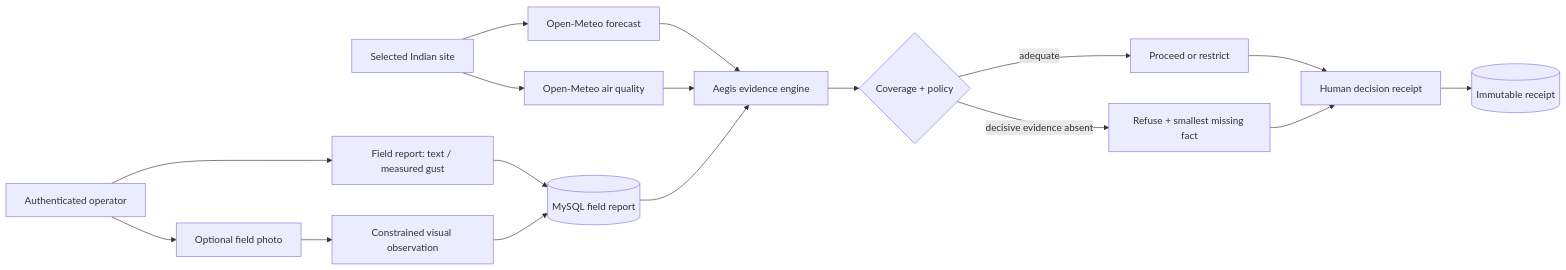
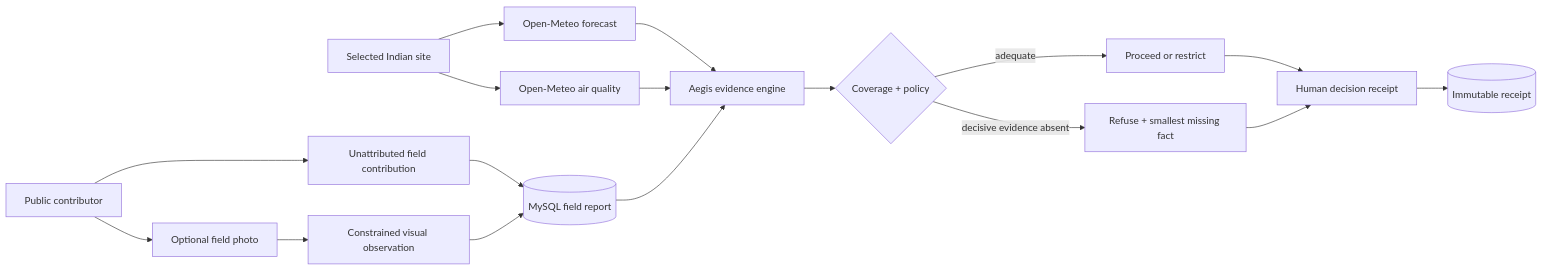
One commit to sagar-grv/aegis changed the diagram in docs/PROJECT_DOCUMENTATION.md. Above: the diagram before and after it, drawn with Mermaid. The commit also changed other lines of this file and 20 other files, not shown here.

Commit message:
feat: open Aegis public contribution desk

````diff
--- a/docs/PROJECT_DOCUMENTATION.md
+++ b/docs/PROJECT_DOCUMENTATION.md
@@ -23,19 +22,19 @@
 ```mermaid
 flowchart LR
   S[Selected Indian site] --> F[Open-Meteo forecast]
   S --> A[Open-Meteo air quality]
   F --> E[Aegis evidence engine]
   A --> E
-  O[Authenticated operator] --> R[Field report: text / measured gust]
+  O[Public contributor] --> R[Unattributed field contribution]
   O --> P[Optional field photo]
   P --> V[Constrained visual observation]
   R --> D[(MySQL field report)]
   V --> D
   D --> E
   E --> X{Coverage + policy}
   X -->|adequate| Q[Proceed or restrict]
   X -->|decisive evidence absent| N[Refuse + smallest missing fact]
   Q --> H[Human decision receipt]
   N --> H
   H --> C[(Immutable receipt)]
 ```
````
